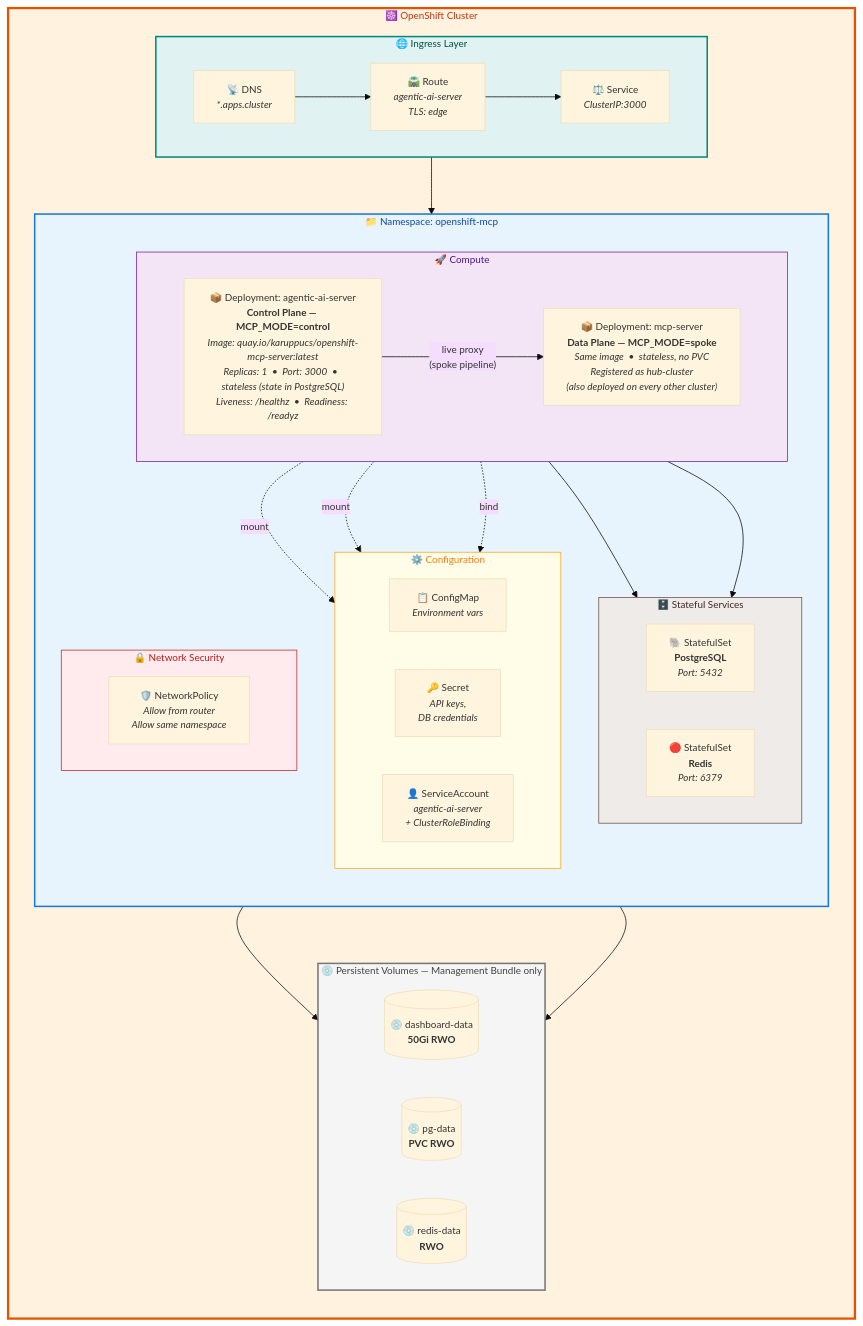
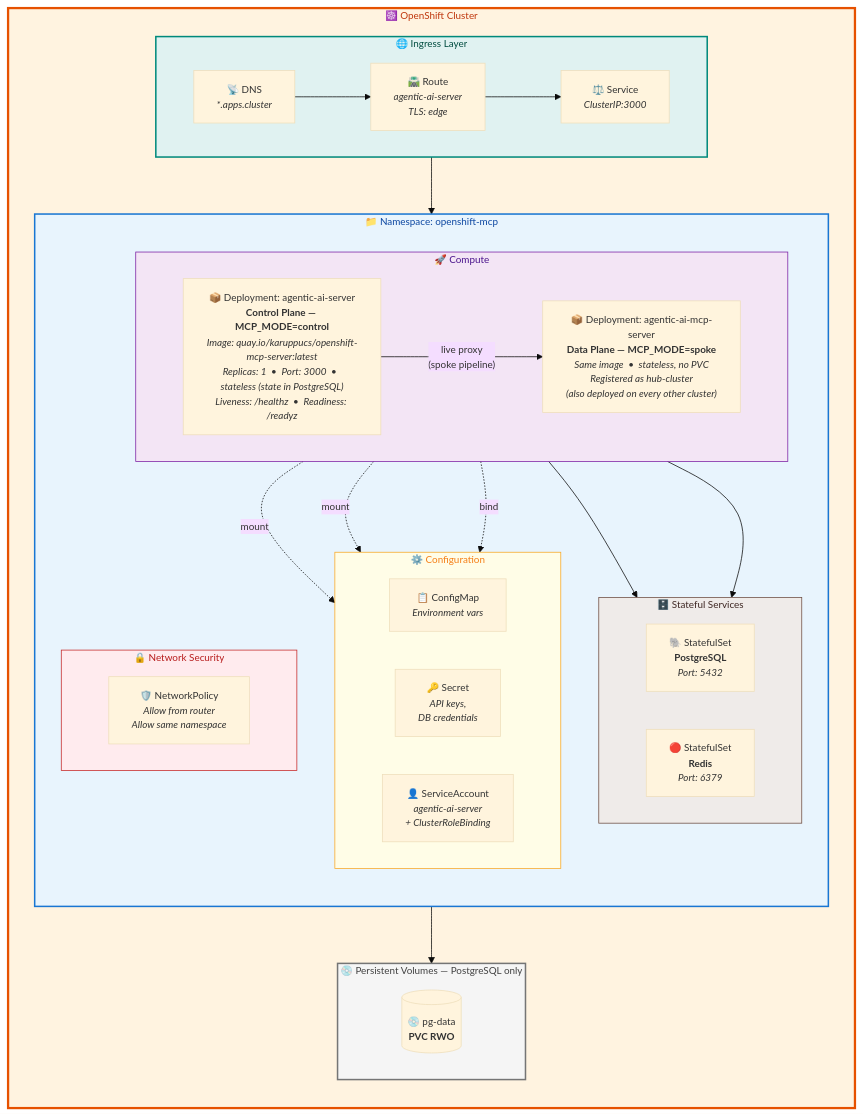
The third of 4 diagrams in docs/architecture.md (cskaruppu/Openshift-mcp-server), drawn with Mermaid before and after one commit. The commit also changed other lines of this file and 6 other files, not shown here.

````diff
--- a/docs/architecture.md
+++ b/docs/architecture.md
@@ -228,69 +224,66 @@
 ```mermaid
 %%{init: {'theme': 'base', 'themeVariables': { 'fontSize': '13px' }}}%%
 
 flowchart TB
     subgraph OCPCLUSTER["☸️ OpenShift Cluster"]
         direction TB
 
         subgraph INGRESS["🌐 Ingress Layer"]
             direction LR
             DNS["📡 DNS<br/><i>*.apps.cluster</i>"]
             ROUTE["🛣️ Route<br/><i>agentic-ai-server</i><br/><i>TLS: edge</i>"]
             SVC["⚖️ Service<br/><i>ClusterIP:3000</i>"]
         end
 
         subgraph NAMESPACE["📁 Namespace: openshift-mcp"]
             direction TB
 
             subgraph COMPUTE["🚀 Compute"]
                 direction LR
                 DEP["📦 Deployment: agentic-ai-server<br/><b>Control Plane — MCP_MODE=control</b><br/><i>Image: quay.io/karuppucs/openshift-mcp-server:latest</i><br/><i>Replicas: 1 &nbsp;•&nbsp; Port: 3000 &nbsp;•&nbsp; stateless (state in PostgreSQL)</i><br/><i>Liveness: /healthz &nbsp;•&nbsp; Readiness: /readyz</i>"]
-                MCPS["📦 Deployment: mcp-server<br/><b>Data Plane — MCP_MODE=spoke</b><br/><i>Same image &nbsp;•&nbsp; stateless, no PVC</i><br/><i>Registered as hub-cluster</i><br/><i>(also deployed on every other cluster)</i>"]
+                MCPS["📦 Deployment: agentic-ai-mcp-server<br/><b>Data Plane — MCP_MODE=spoke</b><br/><i>Same image &nbsp;•&nbsp; stateless, no PVC</i><br/><i>Registered as hub-cluster</i><br/><i>(also deployed on every other cluster)</i>"]
             end
 
             subgraph STATEFUL["🗄️ Stateful Services"]
                 direction LR
                 PG["🐘 StatefulSet<br/><b>PostgreSQL</b><br/><i>Port: 5432</i>"]
                 REDIS["🔴 StatefulSet<br/><b>Redis</b><br/><i>Port: 6379</i>"]
             end
 
             subgraph CONFIG["⚙️ Configuration"]
                 direction LR
                 CM["📋 ConfigMap<br/><i>Environment vars</i>"]
                 SEC["🔑 Secret<br/><i>API keys,</i><br/><i>DB credentials</i>"]
                 SA["👤 ServiceAccount<br/><i>agentic-ai-server</i><br/><i>+ ClusterRoleBinding</i>"]
             end
 
             subgraph NETPOL["🔒 Network Security"]
                 direction LR
                 NP["🛡️ NetworkPolicy<br/><i>Allow from router</i><br/><i>Allow same namespace</i>"]
             end
         end
 
-        subgraph VOLUMES["💿 Persistent Volumes — Management Bundle only"]
+        subgraph VOLUMES["💿 Persistent Volumes — PostgreSQL only"]
             direction LR
-            V1[("💿 dashboard-data<br/><b>50Gi RWO</b>")]
             V2[("💿 pg-data<br/><b>PVC RWO</b>")]
-            V3[("💿 redis-data<br/><b>RWO</b>")]
         end
     end
 
     DNS --> ROUTE --> SVC --> DEP
     DEP --> PG
     DEP --> REDIS
     DEP -->|"live proxy<br/>(spoke pipeline)"| MCPS
     DEP -.->|mount| CM
     DEP -.->|mount| SEC
     DEP -.->|bind| SA
     PG --> V2
-    REDIS --> V3
 
     style OCPCLUSTER fill:#FFF3E0,stroke:#E65100,stroke-width:3px,color:#BF360C
     style INGRESS fill:#E0F2F1,stroke:#00897B,stroke-width:2px,color:#004D40
     style NAMESPACE fill:#E8F4FD,stroke:#1976D2,stroke-width:2px,color:#0D47A1
     style COMPUTE fill:#F3E5F5,stroke:#7B1FA2,stroke-width:1px,color:#4A148C
     style STATEFUL fill:#EFEBE9,stroke:#6D4C41,stroke-width:1px,color:#3E2723
     style CONFIG fill:#FFFDE7,stroke:#F9A825,stroke-width:1px,color:#F57F17
     style NETPOL fill:#FFEBEE,stroke:#C62828,stroke-width:1px,color:#B71C1C
     style VOLUMES fill:#F5F5F5,stroke:#757575,stroke-width:2px,color:#424242
 ```
````
